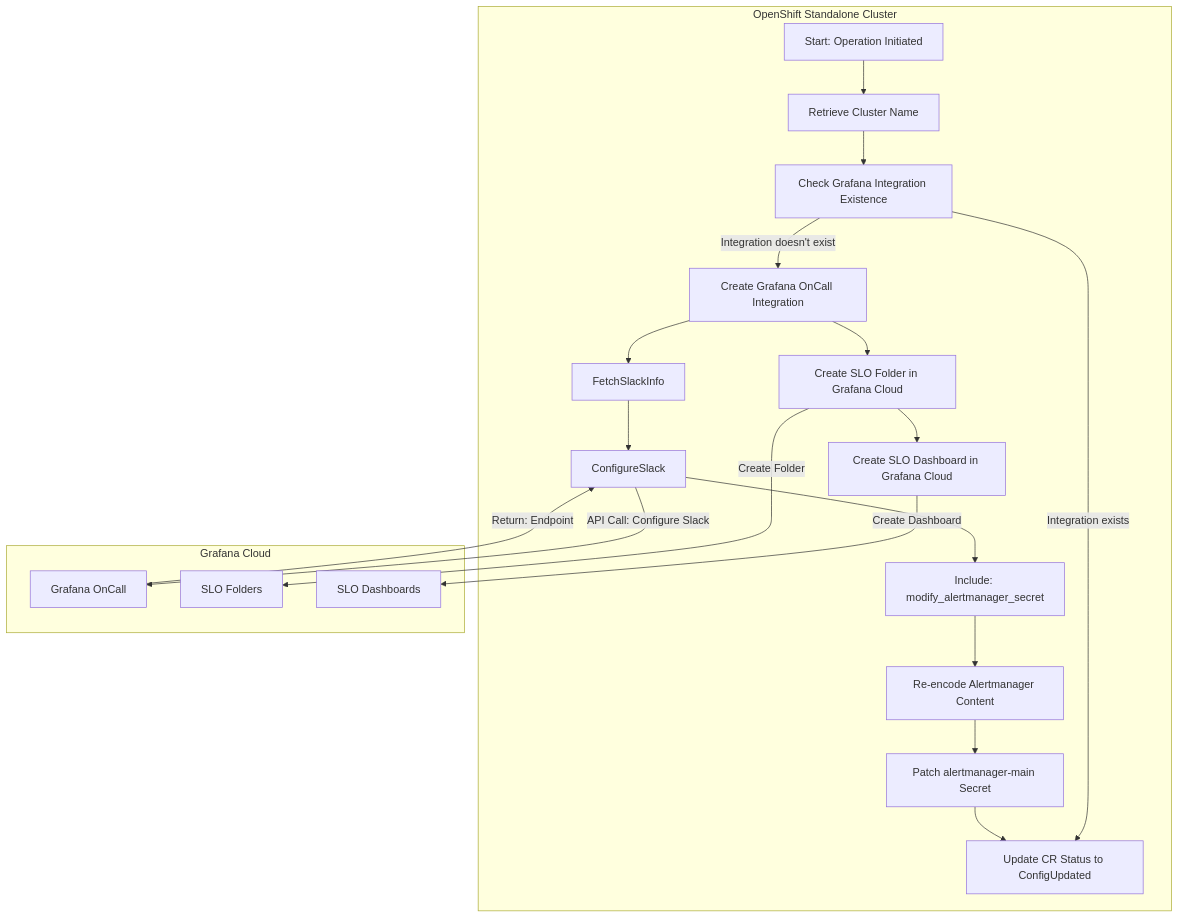
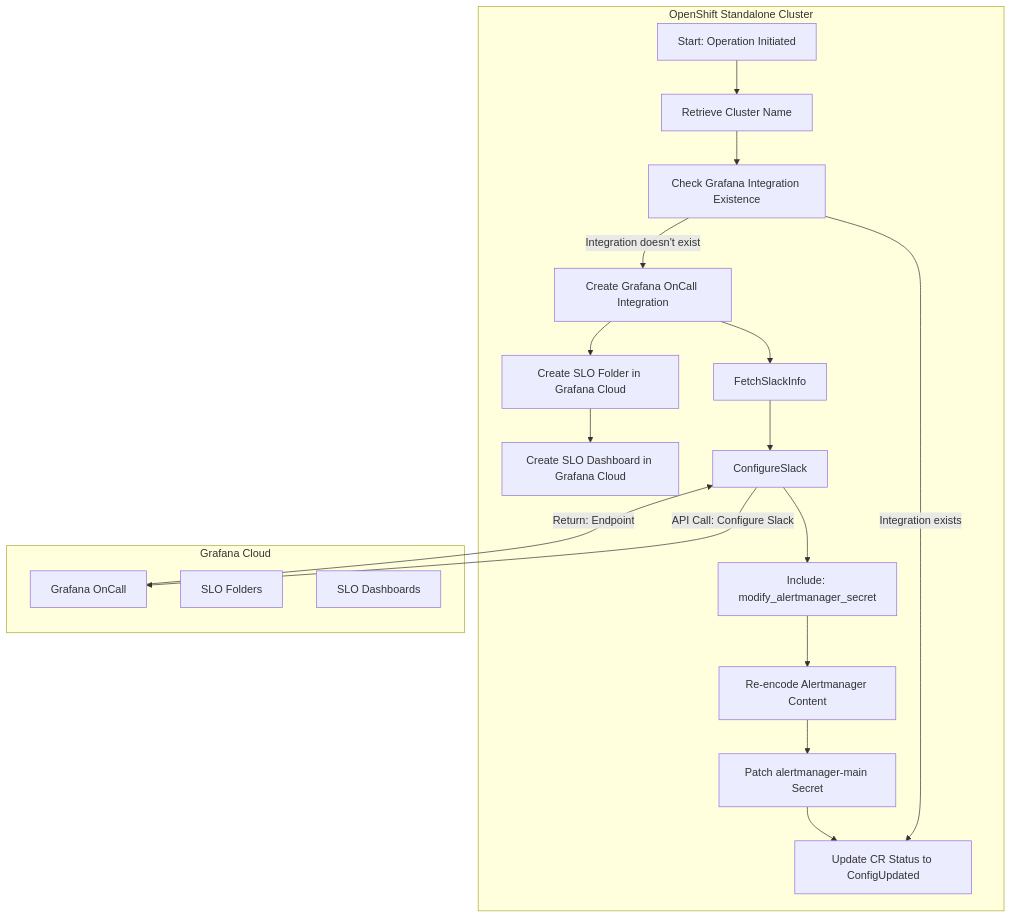
The second of 2 diagrams in README.md (stakater/grafana-cloud-ansible-operator), drawn with Mermaid before and after one commit.

````diff
--- a/README.md
+++ b/README.md
@@ -142,40 +142,38 @@
     ```mermaid
-    graph TD
+graph TD
 
     subgraph "OpenShift Standalone Cluster"
         Init[Start: Operation Initiated]
         GetClusterName[Retrieve Cluster Name]
         CheckIntegration[Check Grafana Integration Existence]
         CreateIntegration[Create Grafana OnCall Integration]
         ModSecret[Include: modify_alertmanager_secret]
         Reencode[Re-encode Alertmanager Content]
         PatchSecret[Patch alertmanager-main Secret]
         UpdateCR[Update CR Status to ConfigUpdated]
         CreateSLOFolder[Create SLO Folder in Grafana Cloud]
         CreateSLODashboard[Create SLO Dashboard in Grafana Cloud]
 
         Init --> GetClusterName
         GetClusterName --> CheckIntegration
         CheckIntegration -->|Integration doesn't exist| CreateIntegration
         CheckIntegration -->|Integration exists| UpdateCR
         CreateIntegration --> FetchSlackInfo
         FetchSlackInfo --> ConfigureSlack
         ConfigureSlack --> ModSecret
         ModSecret --> Reencode
         Reencode --> PatchSecret
         PatchSecret --> UpdateCR
         CreateIntegration --> CreateSLOFolder
         CreateSLOFolder --> CreateSLODashboard
     end
 
     subgraph "Grafana Cloud"
         GO[Grafana OnCall]
         SLOFolders[SLO Folders]
         SLODashboards[SLO Dashboards]
     end
 
     ConfigureSlack -->|API Call: Configure Slack| GO
     GO -->|Return: Endpoint| ConfigureSlack
-    CreateSLOFolder --> |Create Folder| SLOFolders
-    CreateSLODashboard --> |Create Dashboard| SLODashboards
     ```
````
